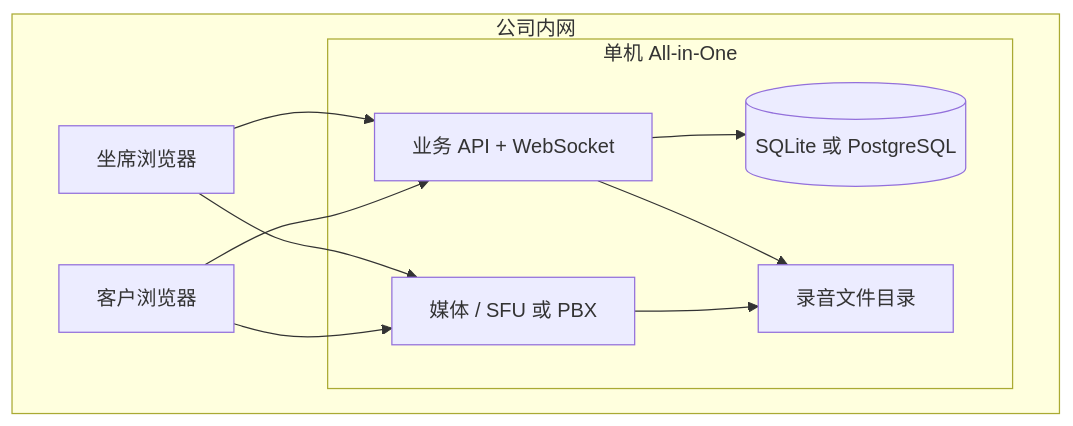
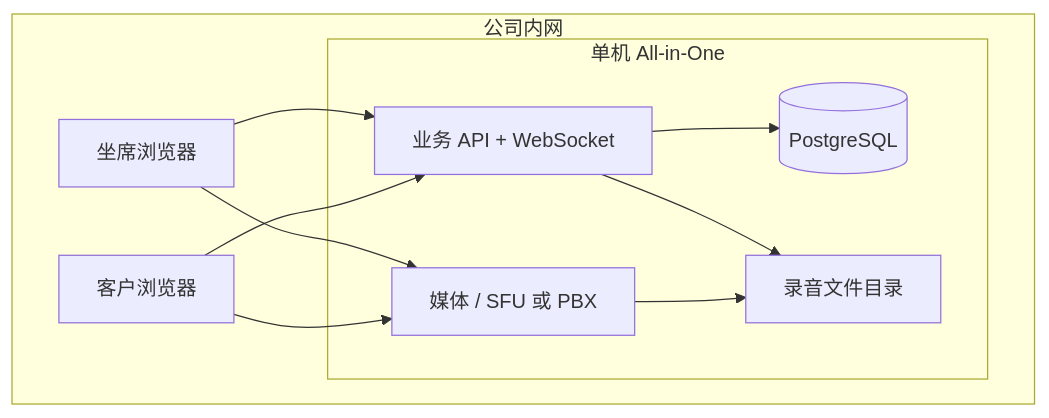
The diagram in docs/requirements.md (fangzixia/open-voip), drawn with Mermaid before and after one commit. The commit also changed other lines of this file and 134 other files, not shown here.

````diff
--- a/docs/requirements.md
+++ b/docs/requirements.md
@@ -24,20 +24,20 @@
 ```mermaid
 flowchart TB
   subgraph lan [公司内网]
     PC1[坐席浏览器]
     PC2[客户浏览器]
     subgraph server [单机 All-in-One]
       APP[业务 API + WebSocket]
       MEDIA[媒体 / SFU 或 PBX]
-      DB[(SQLite 或 PostgreSQL)]
+      DB[(PostgreSQL)]
       FS[录音文件目录]
     end
   end
   PC1 --> APP
   PC2 --> APP
   PC1 --> MEDIA
   PC2 --> MEDIA
   APP --> DB
   APP --> FS
   MEDIA --> FS
 ```
````
